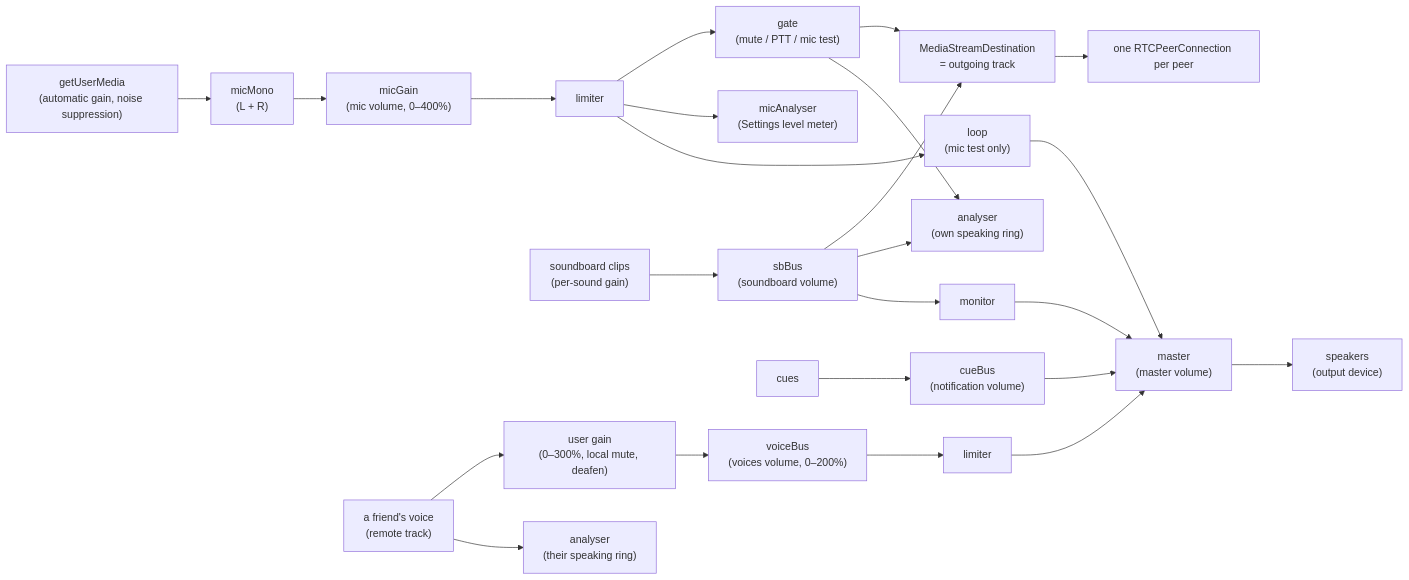
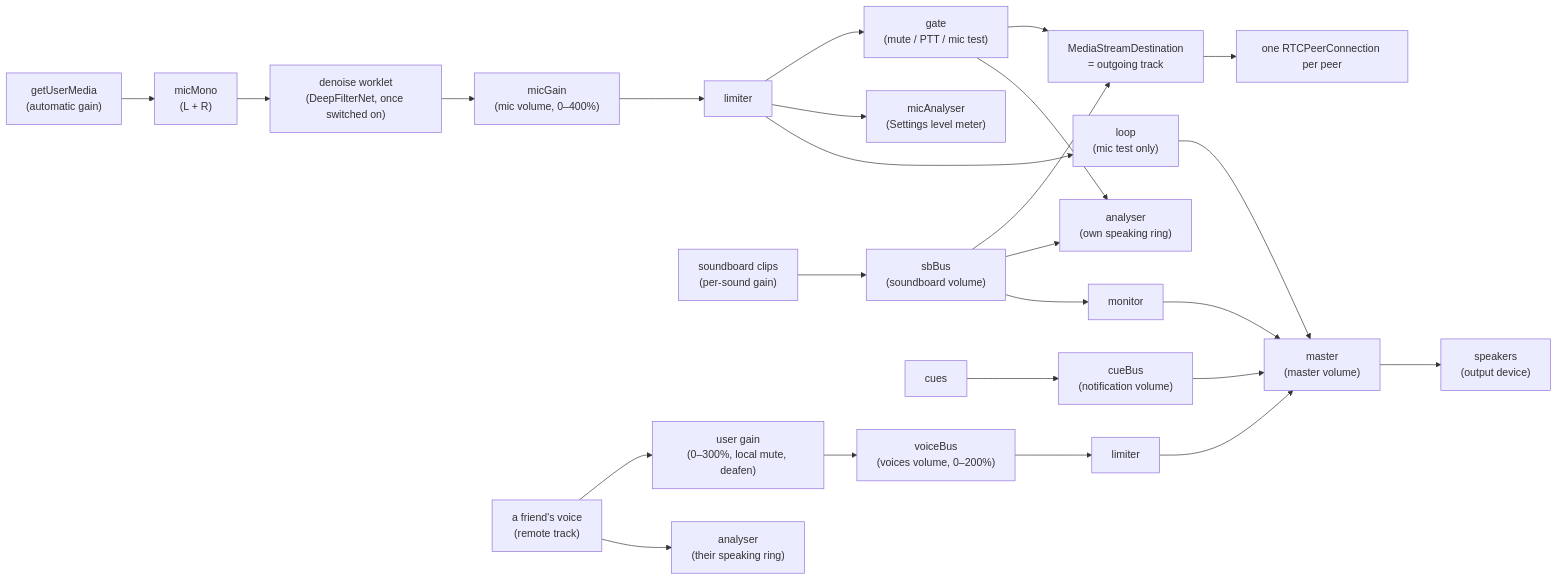
Before and after one commit to nickolaiposs/friendspeak: the second of 3 diagrams in docs/ARCHITECTURE.md, drawn with Mermaid. The commit also changed other lines of this file and 19 other files, not shown here.

First line of the commit message:
Noise suppression: DeepFilterNet in a worklet replaces the browser's, with a strength slider (#72, D47)

````diff
--- a/docs/ARCHITECTURE.md
+++ b/docs/ARCHITECTURE.md
@@ -334,17 +334,17 @@
 ```mermaid
 flowchart LR
-  Mic["getUserMedia<br/>(automatic gain, noise suppression)"] --> Mono["micMono<br/>(L + R)"] --> MicGain["micGain<br/>(mic volume, 0–400%)"] --> MicLim["limiter"] --> Gate["gate<br/>(mute / PTT / mic test)"]
+  Mic["getUserMedia<br/>(automatic gain)"] --> Mono["micMono<br/>(L + R)"] --> Denoise["denoise worklet<br/>(DeepFilterNet, once switched on)"] --> MicGain["micGain<br/>(mic volume, 0–400%)"] --> MicLim["limiter"] --> Gate["gate<br/>(mute / PTT / mic test)"]
   MicLim --> MicA["micAnalyser<br/>(Settings level meter)"]
   MicLim --> Loop["loop<br/>(mic test only)"] --> Master
   Gate --> Out["MediaStreamDestination<br/>= outgoing track"]
   Gate --> SelfA["analyser<br/>(own speaking ring)"]
   SB["soundboard clips<br/>(per-sound gain)"] --> Bus["sbBus<br/>(soundboard volume)"]
   Bus --> Out
   Bus --> SelfA
   Bus --> Mon["monitor"] --> Master["master<br/>(master volume)"] --> Speakers["speakers<br/>(output device)"]
   Out --> PCs["one RTCPeerConnection per peer"]
   Remote["a friend's voice<br/>(remote track)"] --> UserGain["user gain<br/>(0–300%, local mute, deafen)"]
   Remote --> PeerA["analyser<br/>(their speaking ring)"]
   UserGain --> VoiceBus["voiceBus<br/>(voices volume, 0–200%)"] --> VoiceLim["limiter"] --> Master
   Cues["cues"] --> CueBus["cueBus<br/>(notification volume)"] --> Master
 ```
````
